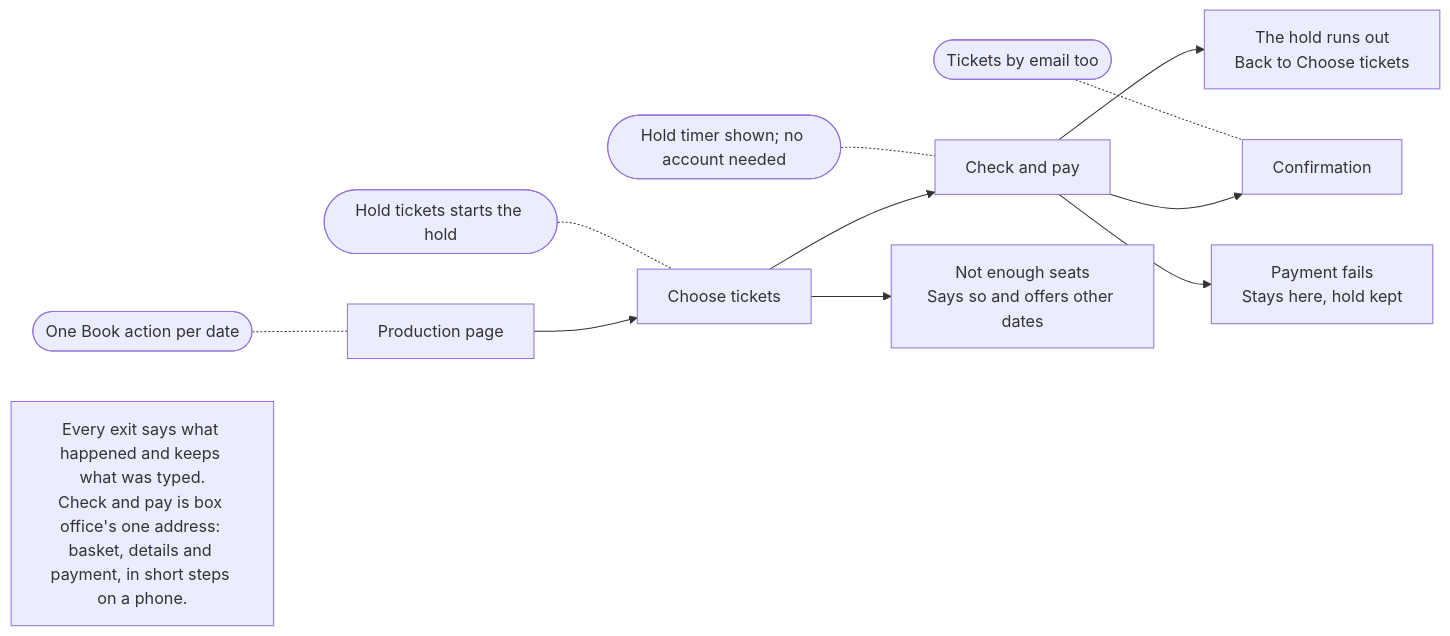
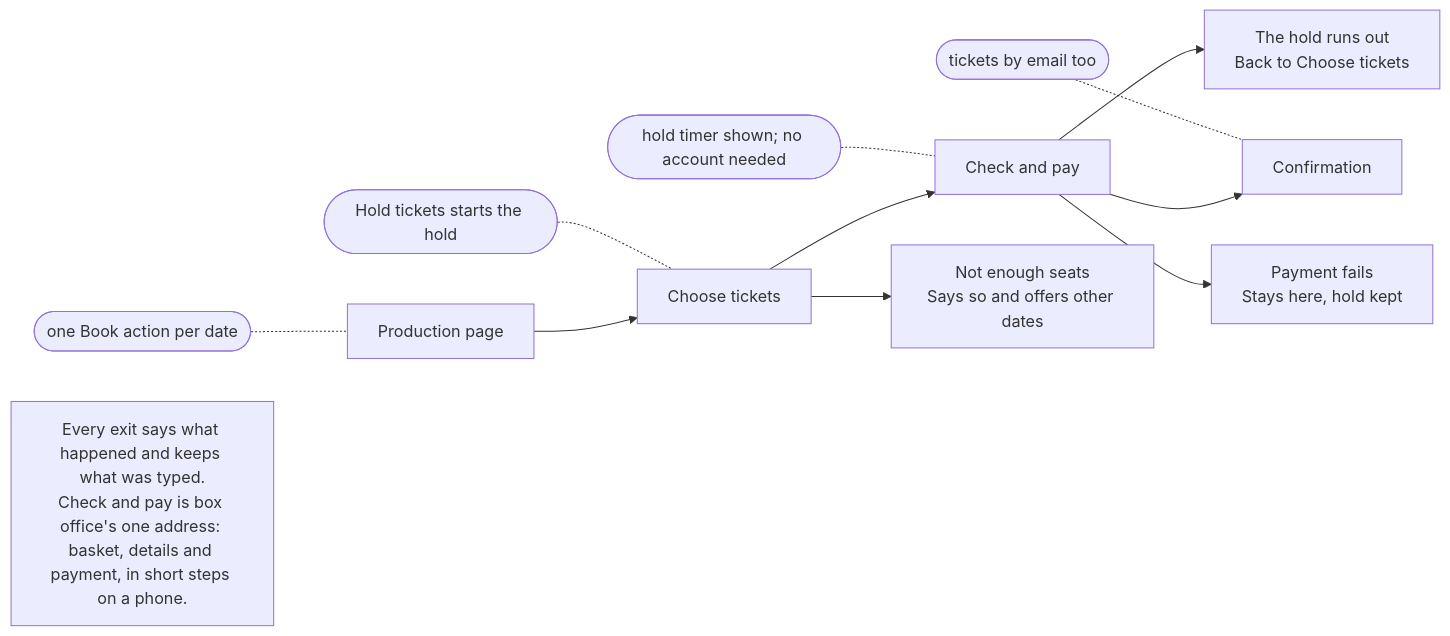
Before and after one commit to newtheatre/proscenium: the diagram in docs/specs/interface-and-wireframes/05-3-key-journeys.md, drawn with Mermaid. The commit also changed other lines of this file and 24 other files, not shown here.

````diff
--- a/docs/specs/interface-and-wireframes/05-3-key-journeys.md
+++ b/docs/specs/interface-and-wireframes/05-3-key-journeys.md
@@ -24,12 +24,12 @@
 ```mermaid
 flowchart LR
     s1["Production page"] --> s2["Choose tickets"] --> s3["Check and pay"] --> s5["Confirmation"]
-    s1n(["One Book action per date"]) -.- s1
+    s1n(["one Book action per date"]) -.- s1
     s2n(["Hold tickets starts the hold"]) -.- s2
-    s3n(["Hold timer shown; no account needed"]) -.- s3
-    s5n(["Tickets by email too"]) -.- s5
+    s3n(["hold timer shown; no account needed"]) -.- s3
+    s5n(["tickets by email too"]) -.- s5
     s2 --> x1["Not enough seats<br/>Says so and offers other dates"]
     s3 --> x2["The hold runs out<br/>Back to Choose tickets"]
     s3 --> x3["Payment fails<br/>Stays here, hold kept"]
     n1["Every exit says what happened and keeps what was typed.<br/>Check and pay is box office's one address: basket, details and payment, in short steps on a phone."]
 ```
````
